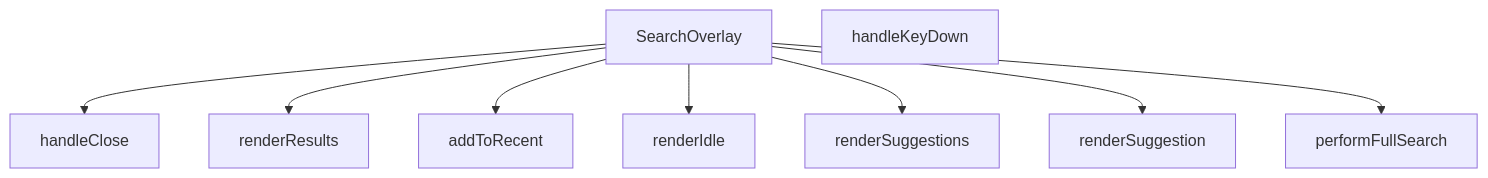
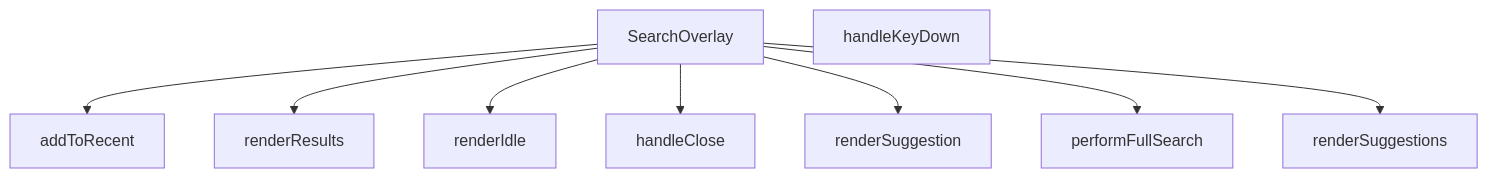
Before and after one commit to peckop/venthub-hvac-esite: the diagram in src/components/SearchOverlay.md, drawn with Mermaid. The commit also changed other lines of this file and 7 other files, not shown here.

````diff
--- a/src/components/SearchOverlay.md
+++ b/src/components/SearchOverlay.md
@@ -288,19 +287,19 @@
 ```mermaid
 graph TD
     SearchOverlay_tsx__SearchOverlay["SearchOverlay"]
     SearchOverlay_tsx__addToRecent["addToRecent"]
     SearchOverlay_tsx__handleClose["handleClose"]
     SearchOverlay_tsx__handleKeyDown["handleKeyDown"]
     SearchOverlay_tsx__performFullSearch["performFullSearch"]
     SearchOverlay_tsx__renderIdle["renderIdle"]
     SearchOverlay_tsx__renderResults["renderResults"]
     SearchOverlay_tsx__renderSuggestion["renderSuggestion"]
     SearchOverlay_tsx__renderSuggestions["renderSuggestions"]
+    SearchOverlay_tsx__SearchOverlay --> SearchOverlay_tsx__addToRecent
+    SearchOverlay_tsx__SearchOverlay --> SearchOverlay_tsx__renderResults
+    SearchOverlay_tsx__SearchOverlay --> SearchOverlay_tsx__renderIdle
     SearchOverlay_tsx__SearchOverlay --> SearchOverlay_tsx__handleClose
-    SearchOverlay_tsx__SearchOverlay --> SearchOverlay_tsx__renderResults
-    SearchOverlay_tsx__SearchOverlay --> SearchOverlay_tsx__addToRecent
-    SearchOverlay_tsx__SearchOverlay --> SearchOverlay_tsx__renderIdle
-    SearchOverlay_tsx__SearchOverlay --> SearchOverlay_tsx__renderSuggestions
     SearchOverlay_tsx__SearchOverlay --> SearchOverlay_tsx__renderSuggestion
     SearchOverlay_tsx__SearchOverlay --> SearchOverlay_tsx__performFullSearch
+    SearchOverlay_tsx__SearchOverlay --> SearchOverlay_tsx__renderSuggestions
 ```
````
